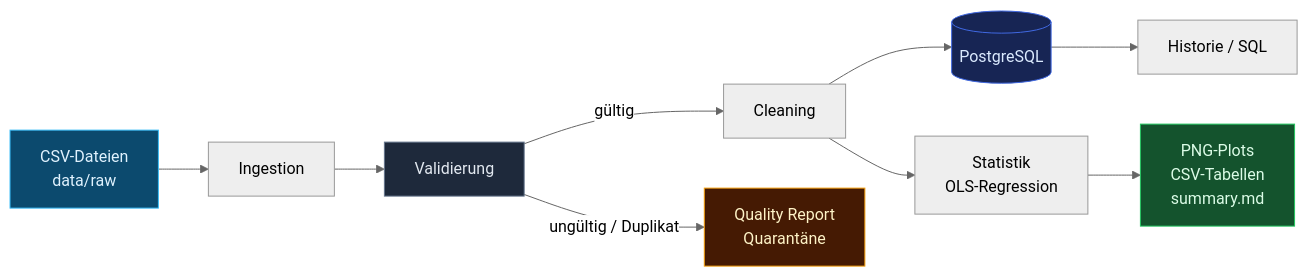
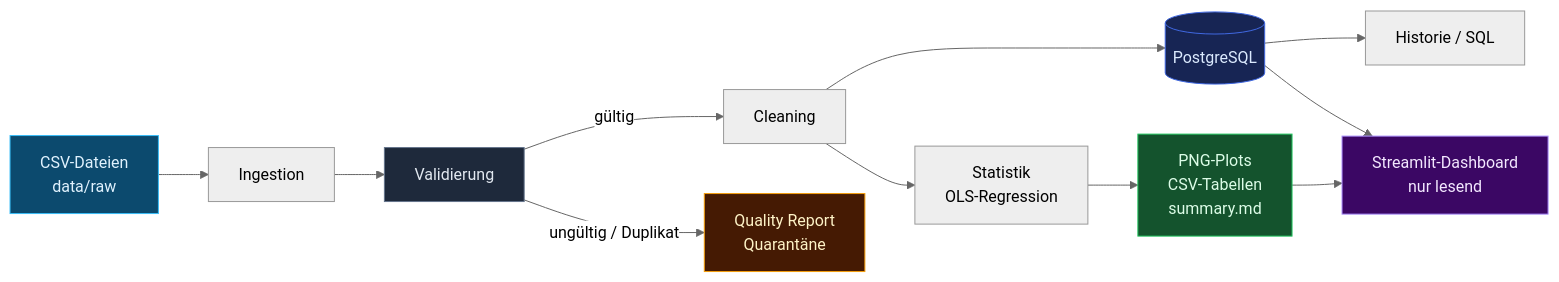
Before and after one commit to dgoo24/Experimental-Data-Processing: the first of 2 diagrams in README.md, drawn with Mermaid (neutral theme). The commit also changed other lines of this file and 15 other files, not shown here.

Commit message:
Add read-only Streamlit dashboard and cloud demo data

````diff
--- a/README.md
+++ b/README.md
@@ -62,17 +64,20 @@
 ```mermaid
 flowchart LR
     A[CSV-Dateien<br/>data/raw] --> B[Ingestion]
     B --> C[Validierung]
     C -->|gültig| D[Cleaning]
     C -->|ungültig / Duplikat| Q[Quality Report<br/>Quarantäne]
     D --> E[(PostgreSQL)]
     D --> F[Statistik<br/>OLS-Regression]
     E --> G[Historie / SQL]
     F --> H[PNG-Plots<br/>CSV-Tabellen<br/>summary.md]
+    E --> I[Streamlit-Dashboard<br/>nur lesend]
+    H --> I
 
     style A fill:#0c4a6e,stroke:#38bdf8,color:#e0f2fe
     style C fill:#1e293b,stroke:#64748b,color:#e2e8f0
     style Q fill:#451a03,stroke:#f59e0b,color:#fef3c7
     style E fill:#172554,stroke:#4169e1,color:#dbeafe
     style H fill:#14532d,stroke:#22c55e,color:#dcfce7
+    style I fill:#3b0764,stroke:#a78bfa,color:#f3e8ff
 ```
````
